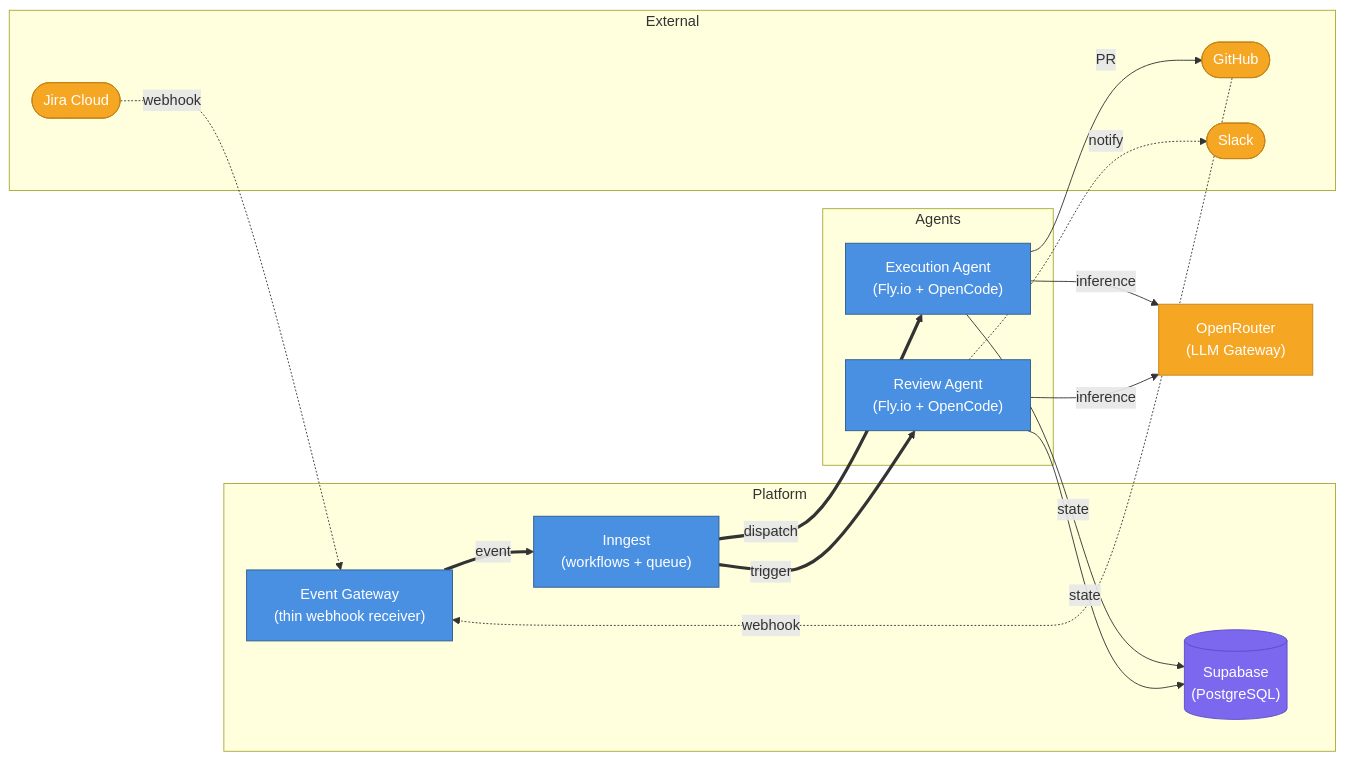
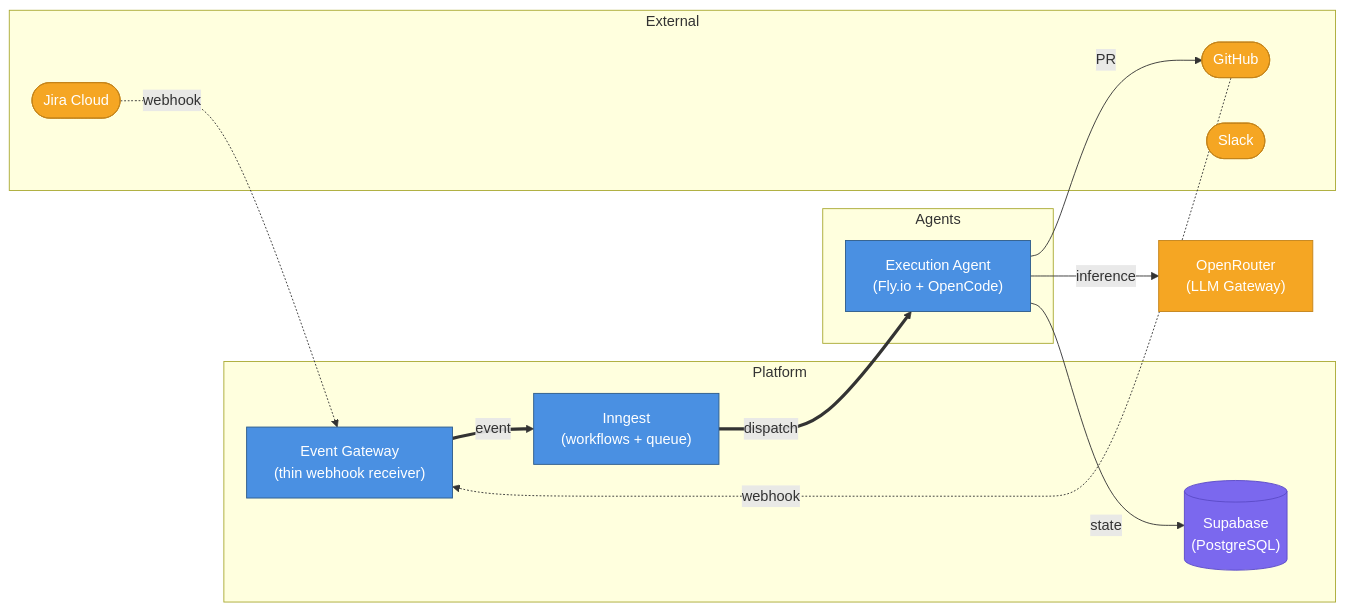
Before and after one commit to viiqswim/dozaldevs-ai-employee: the second of 16 diagrams in docs/2026-03-22-2317-ai-employee-architecture.md, drawn with Mermaid. The commit also changed other lines of this file, not shown here.

Commit message:
docs(architecture): redefine MVP scope — remove review agent, narrow to M1+M3

````diff
--- a/docs/2026-03-22-2317-ai-employee-architecture.md
+++ b/docs/2026-03-22-2317-ai-employee-architecture.md
@@ -148,37 +148,32 @@
 ```mermaid
 flowchart LR
     subgraph External
         JIRA(["Jira Cloud"]):::external
         GH(["GitHub"]):::external
         SLACK(["Slack"]):::external
     end
 
     subgraph Platform
         GW["Event Gateway\n(thin webhook receiver)"]:::service
         ING["Inngest\n(workflows + queue)"]:::service
         SUP[("Supabase\n(PostgreSQL)")]:::storage
     end
 
      subgraph Agents
          EXEC["Execution Agent\n(Fly.io + OpenCode)"]:::service
-         REV["Review Agent\n(Fly.io + OpenCode)"]:::service
      end
 
     LLM["OpenRouter\n(LLM Gateway)"]:::external
 
     JIRA -.->|"webhook"| GW
     GH -.->|"webhook"| GW
     GW ==>|"event"| ING
     ING ==>|"dispatch"| EXEC
-    ING ==>|"trigger"| REV
     EXEC -->|"state"| SUP
-    REV -->|"state"| SUP
     EXEC -->|"PR"| GH
-    REV -.->|"notify"| SLACK
     EXEC -->|"inference"| LLM
-    REV -->|"inference"| LLM
 
     classDef service fill:#4A90E2,stroke:#2E5C8A,color:#fff
     classDef storage fill:#7B68EE,stroke:#5B4BC7,color:#fff
     classDef external fill:#F5A623,stroke:#C4841A,color:#fff
 ```
````
